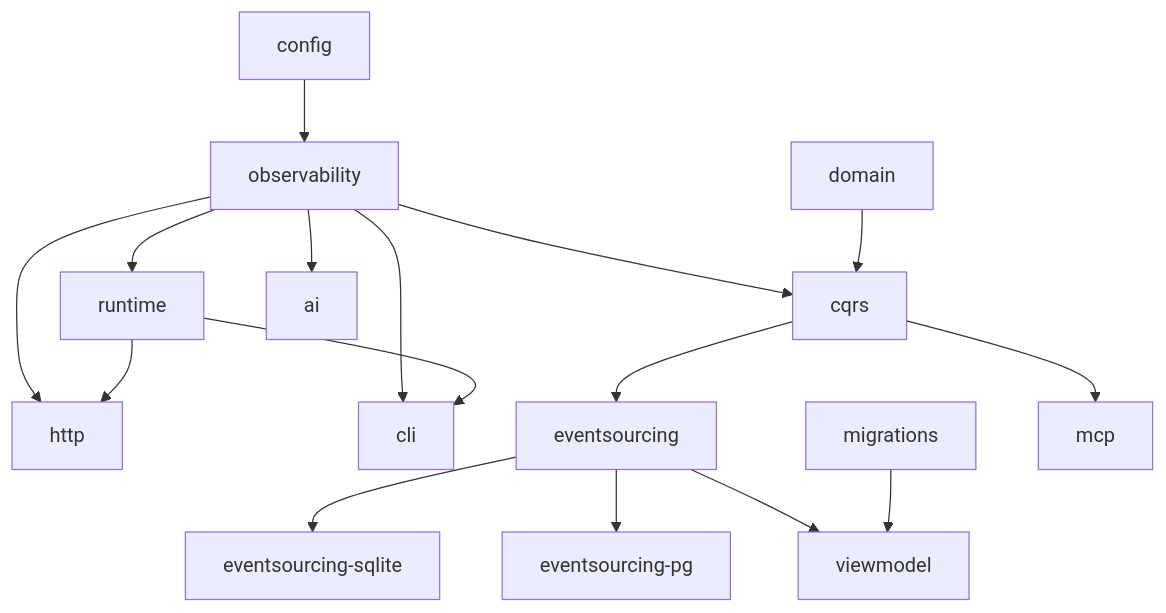
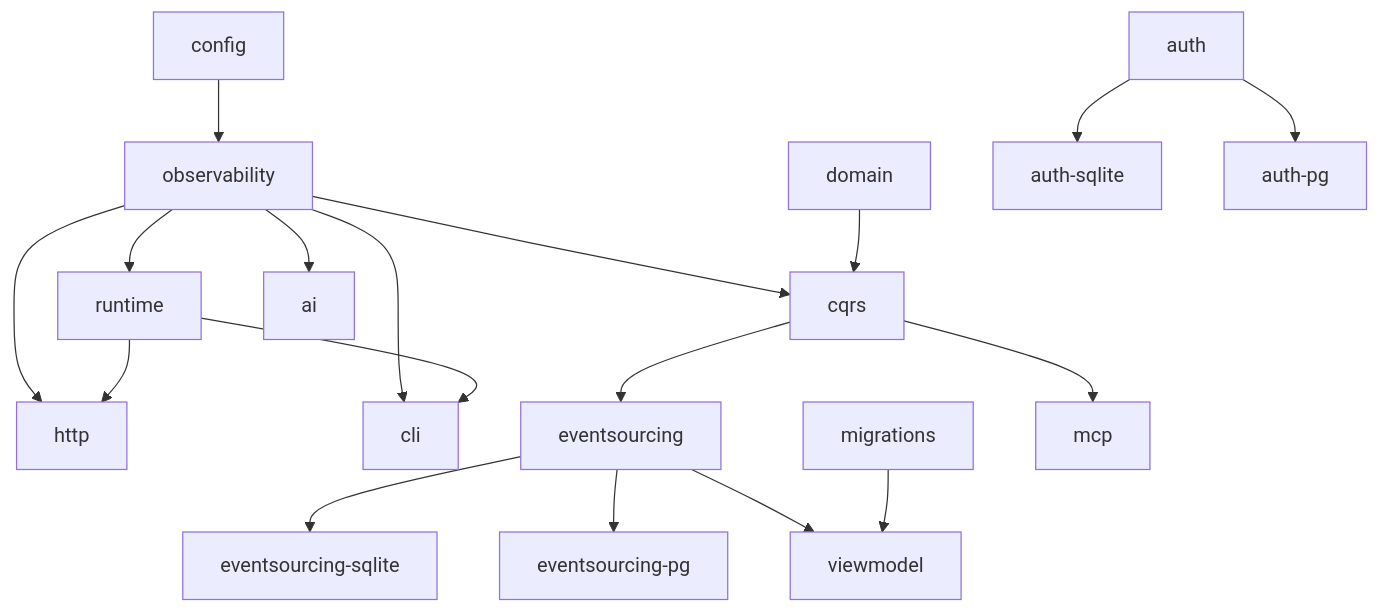
The second of 2 diagrams in docs/architecture.md (Ligerian-labs/structure), drawn with Mermaid before and after one commit. The commit also changed other lines of this file and 44 other files, not shown here.

````diff
--- a/docs/architecture.md
+++ b/docs/architecture.md
@@ -33,11 +33,12 @@
 ```mermaid
 flowchart TD
     config --> observability
     observability --> cqrs & runtime & http & cli & ai
     domain --> cqrs --> eventsourcing
     eventsourcing --> essqlite[eventsourcing-sqlite] & espg[eventsourcing-pg]
     eventsourcing --> viewmodel
     migrations --> viewmodel
     runtime --> http & cli
     cqrs --> mcp
+    auth --> authsqlite[auth-sqlite] & authpg[auth-pg]
 ```
````
